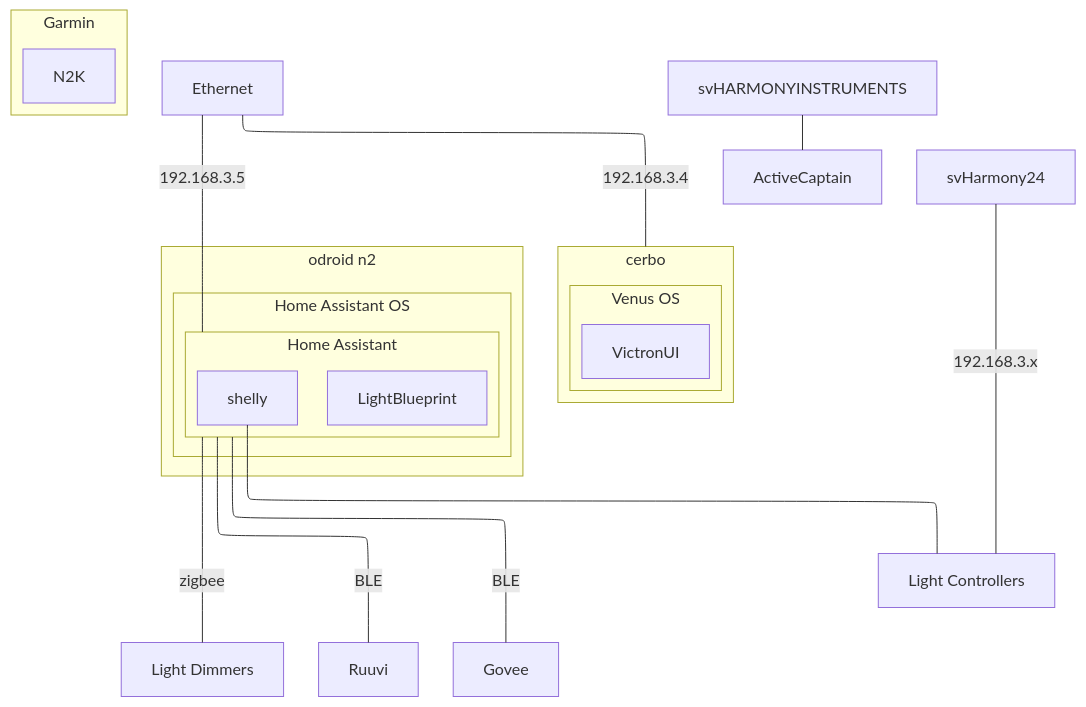
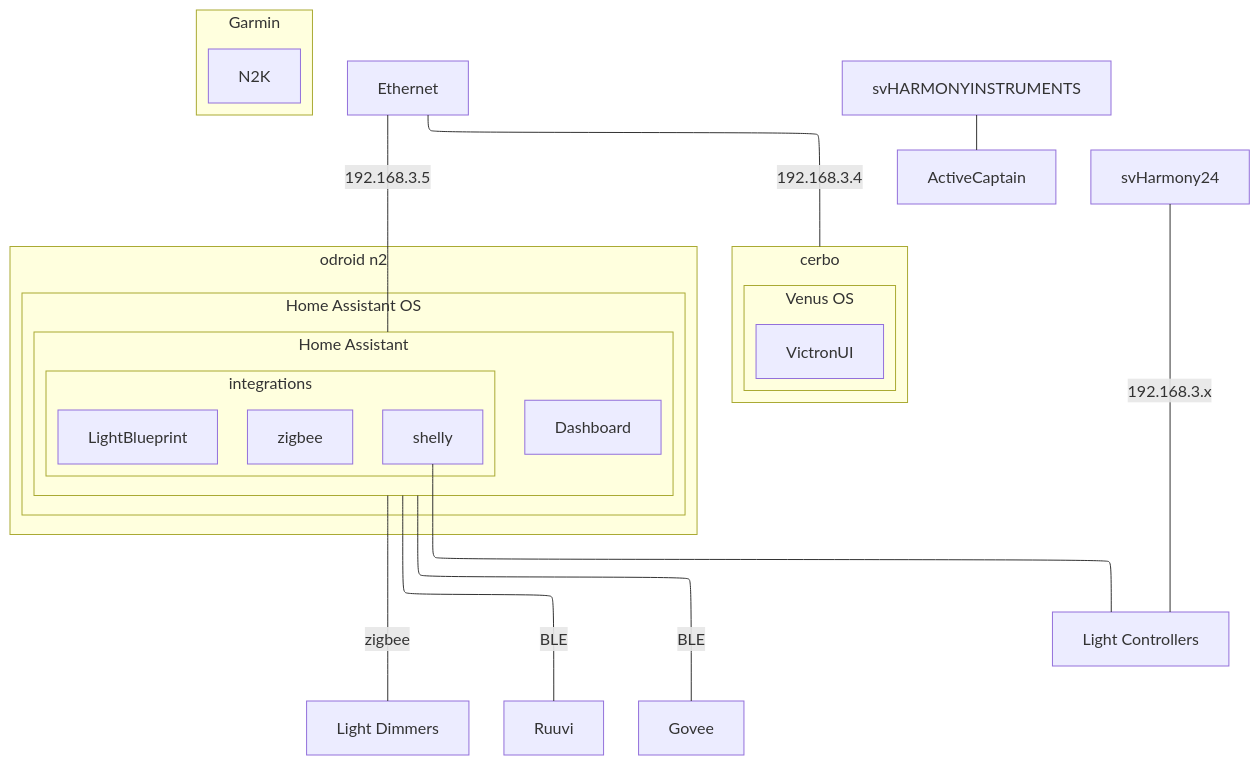
One commit to dcoon/svharmony changed the second of 2 diagrams in owners_manual/Network.md. Above: the diagram before and after it, drawn with Mermaid.

Commit message:
vault backup: 2024-01-14 17:51:08

````diff
--- a/owners_manual/Network.md
+++ b/owners_manual/Network.md
@@ -49,36 +49,39 @@
 ```mermaid
 flowchart-elk
 
 subgraph cerbo
 	subgraph venus["Venus OS"]
 		VictronUI
 	end
 end
 Ethernet ---|192.168.3.4| cerbo
 
 
 subgraph odroid["odroid n2"]
 	subgraph haos["Home Assistant OS"]
 		subgraph ha["Home Assistant"]
-			shelly
-			LightBlueprint
-			
+			Dashboard
+			subgraph integrations
+				shelly
+				zigbee
+				LightBlueprint
+			end
 		end
 	end
 end
 Ethernet ---|192.168.3.5| ha
 
 
 subgraph MFD["Garmin"]
 	N2K
 end
 svHARMONYINSTRUMENTS --- ActiveCaptain
 
 ha ---|zigbee| dimmers["Light Dimmers"]
 svHarmony24 ---|192.168.3.x| lights["Light Controllers"]
 shelly --- lights
 
 ha ---|BLE| Ruuvi
 ha ---|BLE| Govee
 
 ```
````
